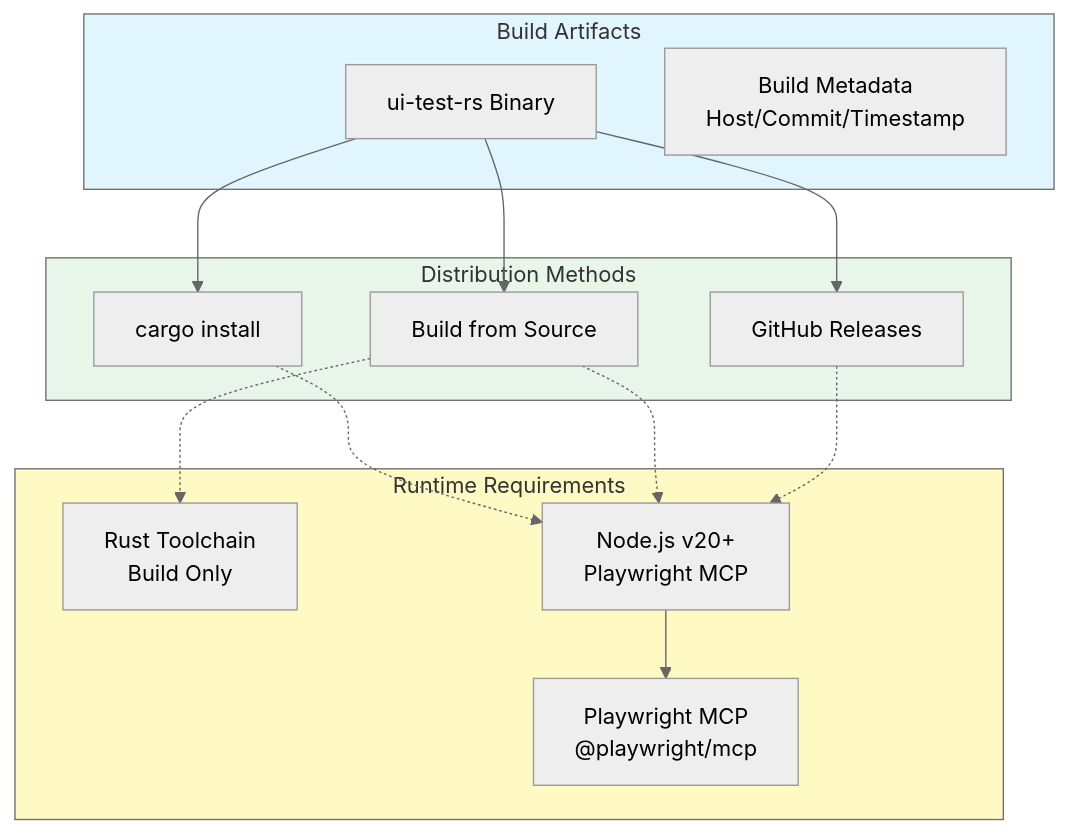
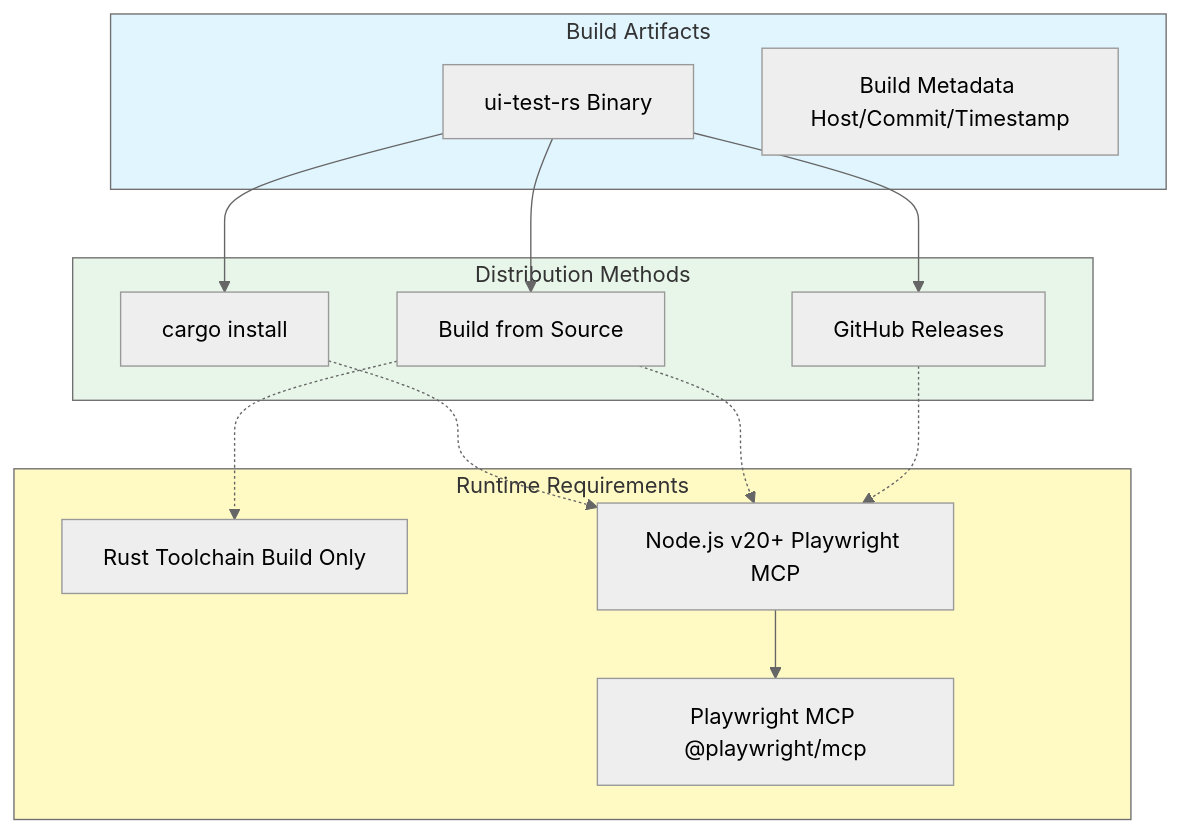
Before and after one commit to softwarewrighter/ui-test-rs: diagram 13 of 14 in wiki/Architecture.md, drawn with Mermaid (neutral theme). The commit also changed other lines of this file and 10 other files, not shown here.

First line of the commit message:
Fix wiki Mermaid diagrams: remove <br/> tags

````diff
--- a/wiki/Architecture.md
+++ b/wiki/Architecture.md
@@ -428,34 +428,34 @@
 ```mermaid
 flowchart TB
     subgraph Build["Build Artifacts"]
         Binary[ui-test-rs Binary]
-        Metadata[Build Metadata<br/>Host/Commit/Timestamp]
+        Metadata[Build Metadata Host/Commit/Timestamp]
     end
 
     subgraph Distribution["Distribution Methods"]
         CargoInstall[cargo install]
         Source[Build from Source]
         Releases[GitHub Releases]
     end
 
     subgraph Runtime["Runtime Requirements"]
-        Rust[Rust Toolchain<br/>Build Only]
-        Node[Node.js v20+<br/>Playwright MCP]
-        PW_MCP[Playwright MCP<br/>@playwright/mcp]
+        Rust[Rust Toolchain Build Only]
+        Node[Node.js v20+ Playwright MCP]
+        PW_MCP[Playwright MCP @playwright/mcp]
     end
 
     Binary --> CargoInstall
     Binary --> Source
     Binary --> Releases
 
     CargoInstall -.-> Node
     Source -.-> Rust
     Source -.-> Node
     Releases -.-> Node
 
     Node --> PW_MCP
 
     style Build fill:#e1f5ff
     style Distribution fill:#e8f5e9
     style Runtime fill:#fff9c4
 ```
````
